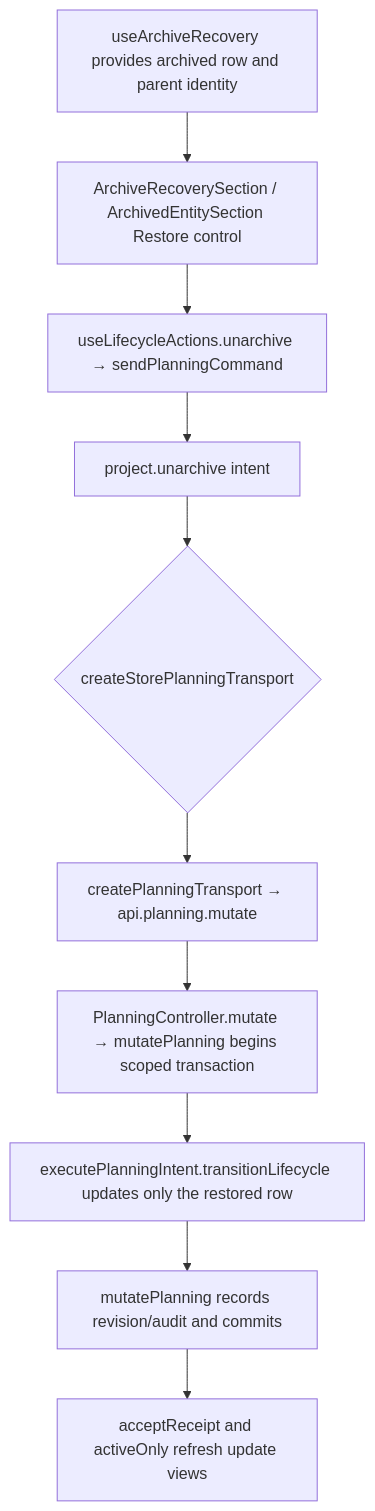
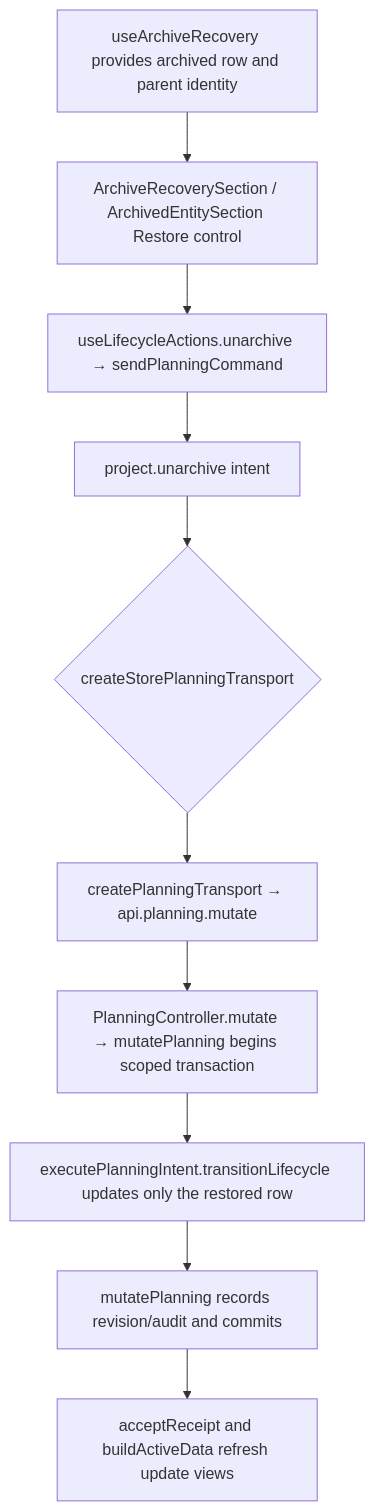
One commit to Kevinjohn/capacitylens changed the second of 2 diagrams in user-stories/projects/US-PRJ-06-restore-project.md. Above: the diagram before and after it, drawn with Mermaid. The commit also changed 222 other files, not shown here.

````diff
--- a/user-stories/projects/US-PRJ-06-restore-project.md
+++ b/user-stories/projects/US-PRJ-06-restore-project.md
@@ -26,8 +26,8 @@
 ```mermaid
 flowchart TD
   A["useArchiveRecovery provides archived row and parent identity"] --> B["ArchiveRecoverySection / ArchivedEntitySection Restore control"]
   B --> C["useLifecycleActions.unarchive → sendPlanningCommand"] --> D["project.unarchive intent"]
   D --> E{"createStorePlanningTransport"}
   E --> F["createPlanningTransport → api.planning.mutate"] --> G["PlanningController.mutate → mutatePlanning begins scoped transaction"]
-  G --> H["executePlanningIntent.transitionLifecycle updates only the restored row"] --> K["mutatePlanning records revision/audit and commits"] --> J["acceptReceipt and activeOnly refresh update views"]
+  G --> H["executePlanningIntent.transitionLifecycle updates only the restored row"] --> K["mutatePlanning records revision/audit and commits"] --> J["acceptReceipt and buildActiveData refresh update views"]
 ```
````
